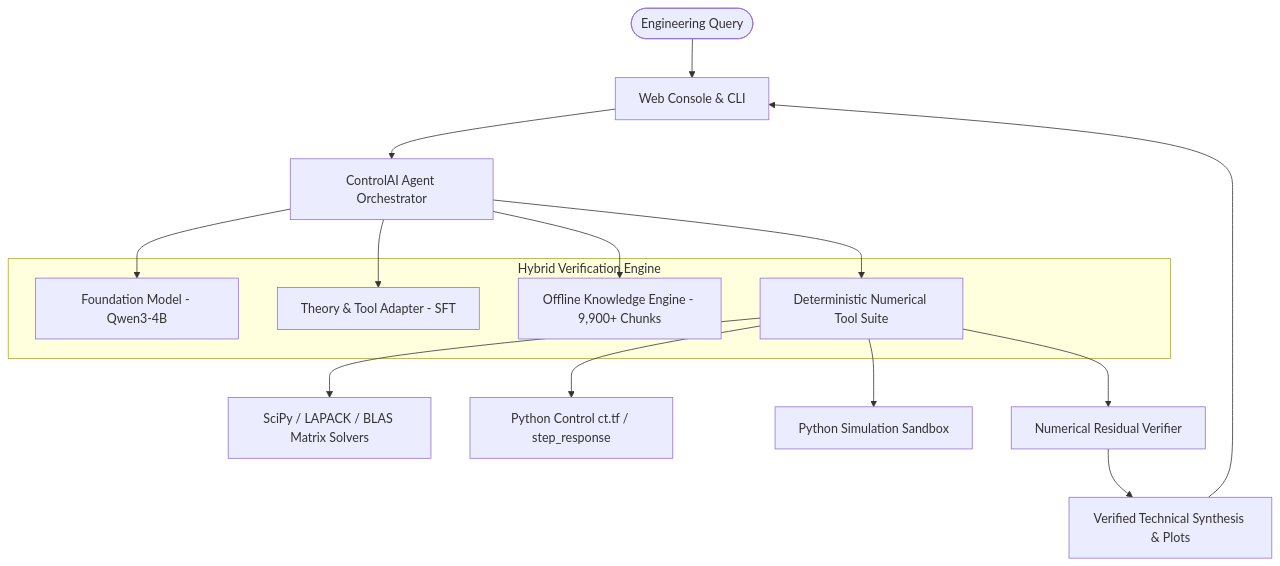
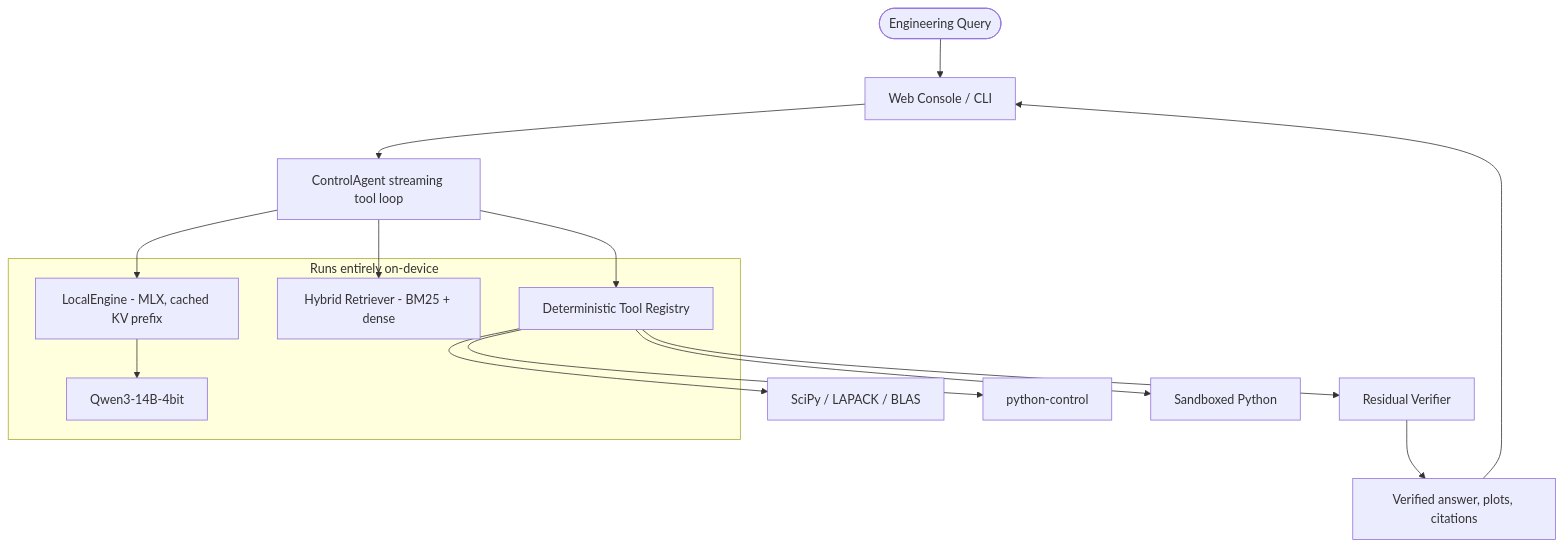
The diagram in README.md (atakankahya/controlai-agent), drawn with Mermaid before and after one commit. The commit also changed other lines of this file and 15 other files, not shown here.

````diff
--- a/README.md
+++ b/README.md
@@ -59,25 +62,24 @@
 ```mermaid
 graph TD
-    User([Engineering Query]) --> WebApp[Web Console & CLI]
-    WebApp --> Orchestrator[ControlAI Agent Orchestrator]
-    
-    subgraph Core Engine [Hybrid Verification Engine]
-        Brain[Foundation Model - Qwen3-4B]
-        LoRA[Theory & Tool Adapter - SFT]
-        RAG[Offline Knowledge Engine - 9,900+ Chunks]
-        Tools[Deterministic Numerical Tool Suite]
+    User([Engineering Query]) --> Frontend[Web Console / CLI]
+    Frontend --> Agent[ControlAgent streaming tool loop]
+
+    subgraph Local[Runs entirely on-device]
+        Engine[LocalEngine - MLX, cached KV prefix]
+        Model[Qwen3-14B-4bit]
+        Retriever[Hybrid Retriever - BM25 + dense]
+        Tools[Deterministic Tool Registry]
     end
-    
-    Orchestrator --> Brain
-    Orchestrator --> LoRA
-    Orchestrator --> RAG
-    Orchestrator --> Tools
-    
-    Tools --> SciPy[SciPy / LAPACK / BLAS Matrix Solvers]
-    Tools --> PythonControl[Python Control ct.tf / step_response]
-    Tools --> PyExecutor[Python Simulation Sandbox]
-    Tools --> Verifier[Numerical Residual Verifier]
-    
-    Verifier --> FinalResponse[Verified Technical Synthesis & Plots]
-    FinalResponse --> WebApp
+
+    Agent --> Engine --> Model
+    Agent --> Retriever
+    Agent --> Tools
+
+    Tools --> SciPy[SciPy / LAPACK / BLAS]
+    Tools --> PythonControl[python-control]
+    Tools --> PyExecutor[Sandboxed Python]
+    Tools --> Verifier[Residual Verifier]
+
+    Verifier --> Answer[Verified answer, plots, citations]
+    Answer --> Frontend
 ```
````
